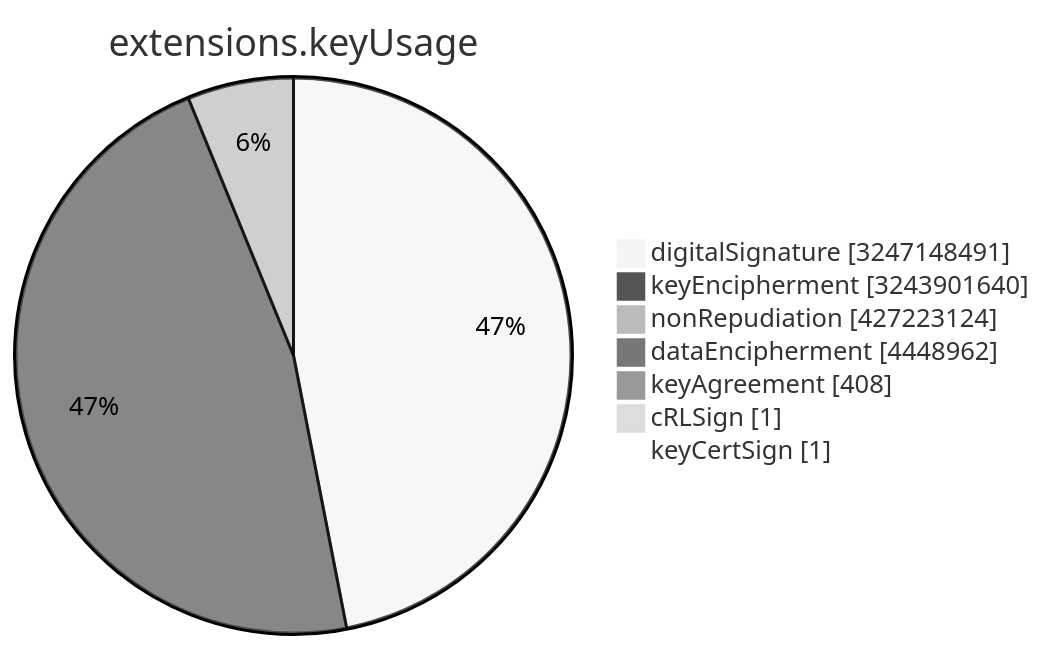
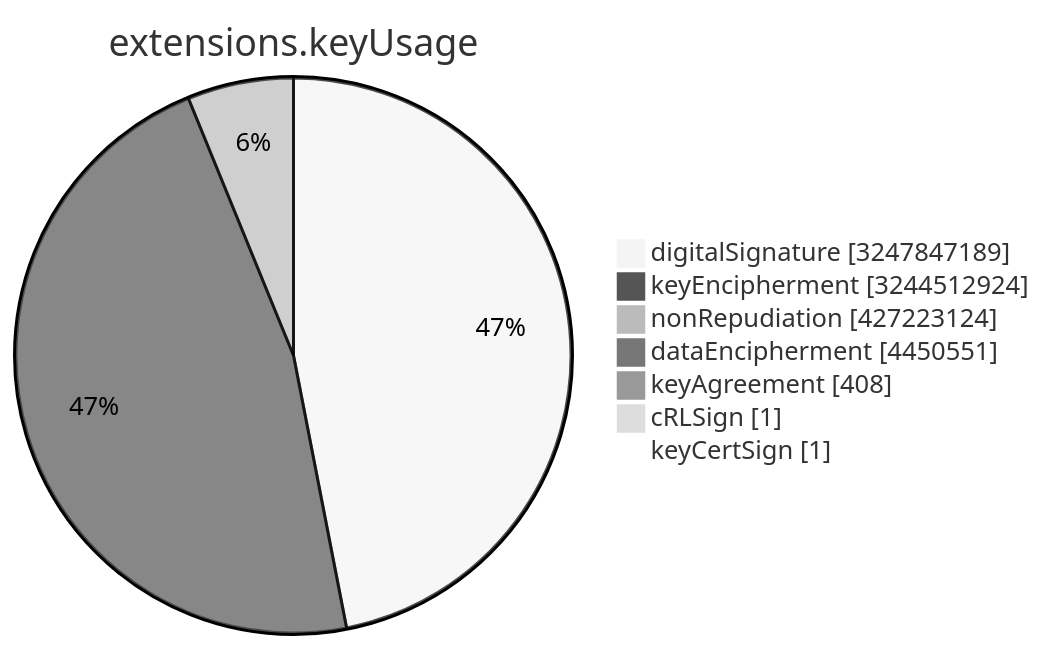
The sixth of 15 diagrams in TOTAL/README.md (christiankrug/ctmonitor_visualization), drawn with Mermaid (neutral theme) before and after one commit. The commit also changed other lines of this file, not shown here.

````diff
--- a/TOTAL/README.md
+++ b/TOTAL/README.md
@@ -3078,11 +3078,11 @@
 ```mermaid
 pie showData
 title extensions.keyUsage
-"digitalSignature" :3247148491
-"keyEncipherment" :3243901640
+"digitalSignature" :3247847189
+"keyEncipherment" :3244512924
 "nonRepudiation" :427223124
-"dataEncipherment" :4448962
+"dataEncipherment" :4450551
 "keyAgreement" :408
 "cRLSign" :1
 "keyCertSign" :1
 ```
````
